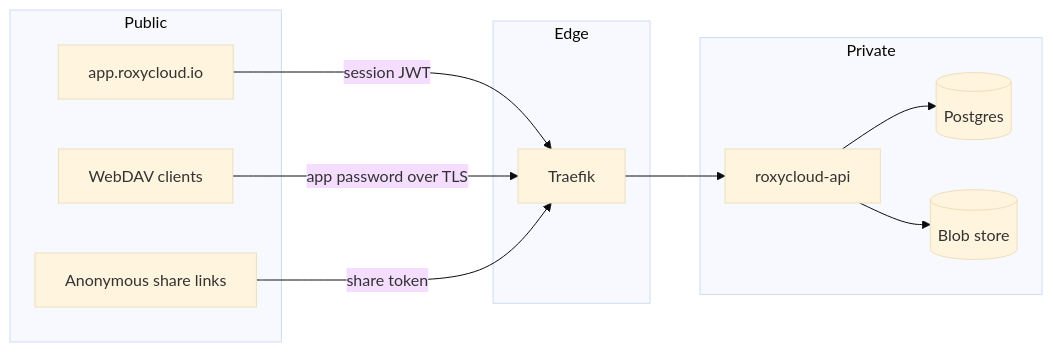
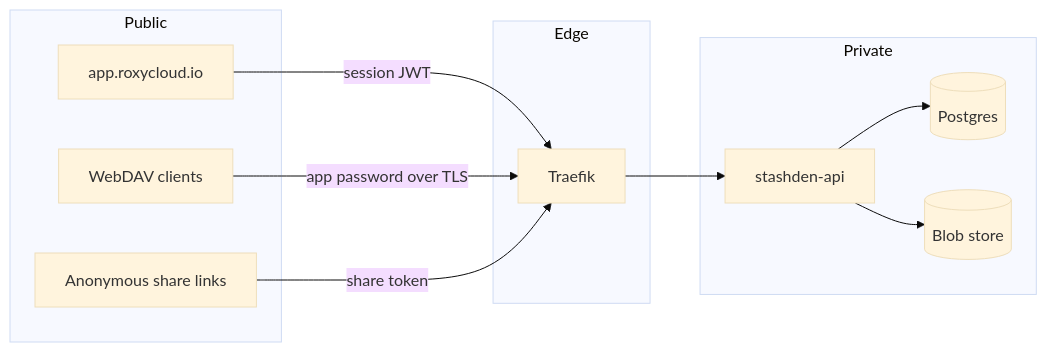
Before and after one commit to FerrLabs/RoxyCloud: the third of 4 diagrams in ARCHITECTURE.md, drawn with Mermaid (base theme). The commit also changed 98 other files, not shown here.

````diff
--- a/ARCHITECTURE.md
+++ b/ARCHITECTURE.md
@@ -358,23 +358,23 @@
 ```mermaid
 flowchart LR
     subgraph Public
         SPA[app.roxycloud.io]
         DAV[WebDAV clients]
         LINK[Anonymous share links]
     end
     subgraph Edge
         TR[Traefik]
     end
     subgraph Private
-        API[roxycloud-api]
+        API[stashden-api]
         PG[(Postgres)]
         BS[(Blob store)]
     end
 
     SPA -->|session JWT| TR
     DAV -->|app password over TLS| TR
     LINK -->|share token| TR
     TR --> API
     API --> PG
     API --> BS
 ```
````
